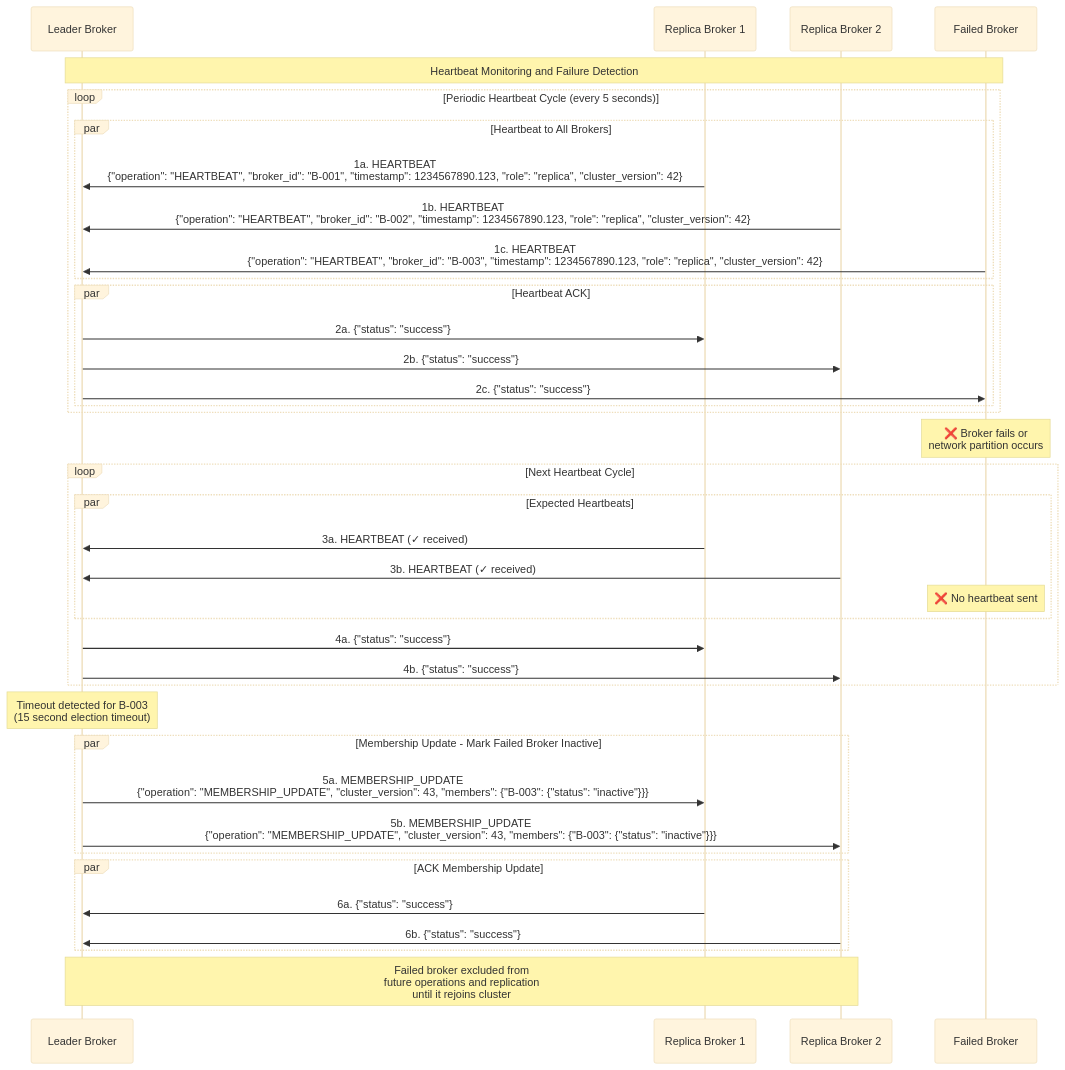
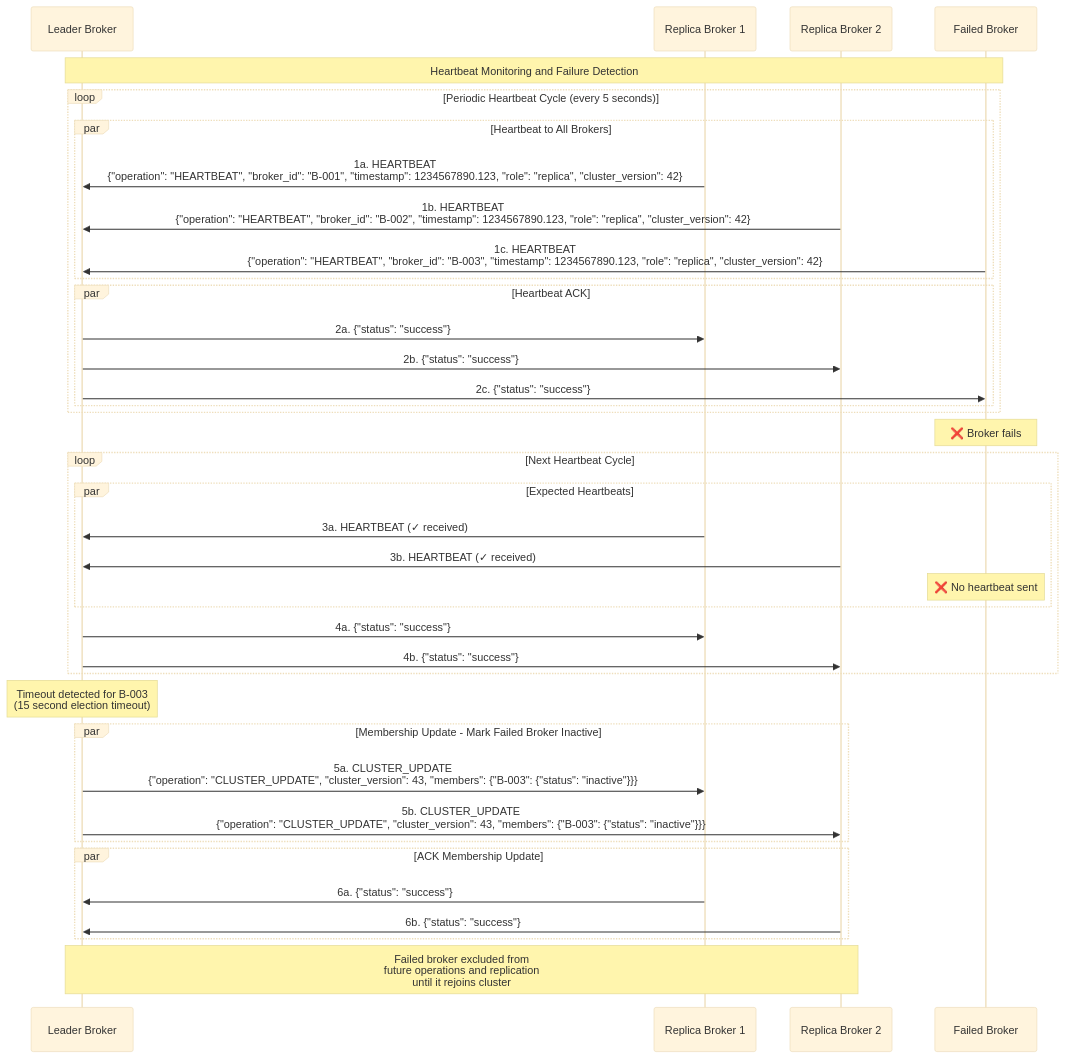
The sixth of 7 diagrams in docs/SEQUENCE_DIAGRAMS.md (enricogrillo/Reliable-Queuing-System), drawn with Mermaid (base theme) before and after one commit. The commit also changed other lines of this file, not shown here.

Commit message:
Fix sequence diag

````diff
--- a/docs/SEQUENCE_DIAGRAMS.md
+++ b/docs/SEQUENCE_DIAGRAMS.md
@@ -246,50 +246,50 @@
 ```mermaid
 sequenceDiagram
     participant Leader as Leader Broker
     participant Replica1 as Replica Broker 1
     participant Replica2 as Replica Broker 2
     participant FailedBroker as Failed Broker
 
     Note over Leader, FailedBroker: Heartbeat Monitoring and Failure Detection
 
     loop Periodic Heartbeat Cycle (every 5 seconds)
         par Heartbeat to All Brokers
             Replica1->>Leader: 1a. HEARTBEAT<br/>{"operation": "HEARTBEAT", "broker_id": "B-001", "timestamp": 1234567890.123, "role": "replica", "cluster_version": 42}
             Replica2->>Leader: 1b. HEARTBEAT<br/>{"operation": "HEARTBEAT", "broker_id": "B-002", "timestamp": 1234567890.123, "role": "replica", "cluster_version": 42}
             FailedBroker->>Leader: 1c. HEARTBEAT<br/>{"operation": "HEARTBEAT", "broker_id": "B-003", "timestamp": 1234567890.123, "role": "replica", "cluster_version": 42}
         end
         
         par Heartbeat ACK
             Leader->>Replica1: 2a. {"status": "success"}
             Leader->>Replica2: 2b. {"status": "success"}
             Leader->>FailedBroker: 2c. {"status": "success"}
         end
     end
     
-    Note over FailedBroker: ❌ Broker fails or<br/>network partition occurs
+    Note over FailedBroker: ❌ Broker fails
     
     loop Next Heartbeat Cycle
         par Expected Heartbeats
             Replica1->>Leader: 3a. HEARTBEAT (✓ received)
             Replica2->>Leader: 3b. HEARTBEAT (✓ received)
             Note over FailedBroker: ❌ No heartbeat sent
         end
         
         Leader->>Replica1: 4a. {"status": "success"}
         Leader->>Replica2: 4b. {"status": "success"}
     end
     
     Note over Leader: Timeout detected for B-003<br/>(15 second election timeout)
     
     par Membership Update - Mark Failed Broker Inactive
-        Leader->>Replica1: 5a. MEMBERSHIP_UPDATE<br/>{"operation": "MEMBERSHIP_UPDATE", "cluster_version": 43, "members": {"B-003": {"status": "inactive"}}}
-        Leader->>Replica2: 5b. MEMBERSHIP_UPDATE<br/>{"operation": "MEMBERSHIP_UPDATE", "cluster_version": 43, "members": {"B-003": {"status": "inactive"}}}
+        Leader->>Replica1: 5a. CLUSTER_UPDATE<br/>{"operation": "CLUSTER_UPDATE", "cluster_version": 43, "members": {"B-003": {"status": "inactive"}}}
+        Leader->>Replica2: 5b. CLUSTER_UPDATE<br/>{"operation": "CLUSTER_UPDATE", "cluster_version": 43, "members": {"B-003": {"status": "inactive"}}}
     end
     
     par ACK Membership Update
         Replica1->>Leader: 6a. {"status": "success"}
         Replica2->>Leader: 6b. {"status": "success"}
     end
     
     Note over Leader, Replica2: Failed broker excluded from<br/>future operations and replication<br/>until it rejoins cluster
 ```
````
